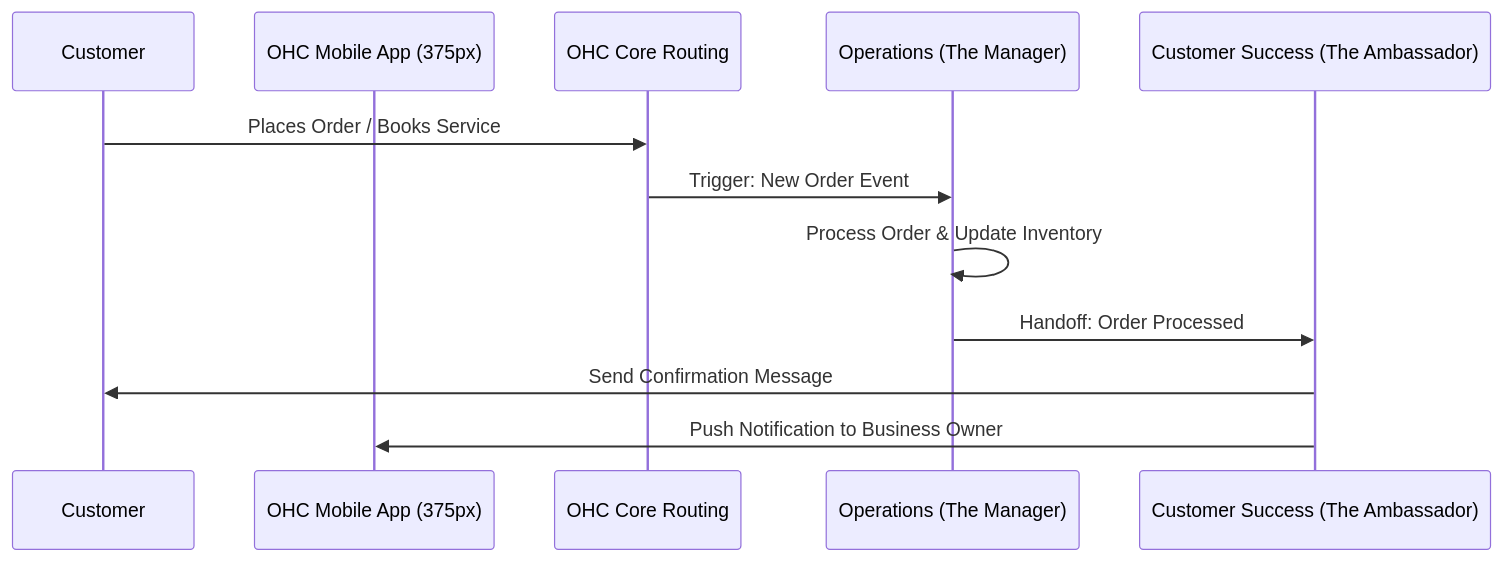
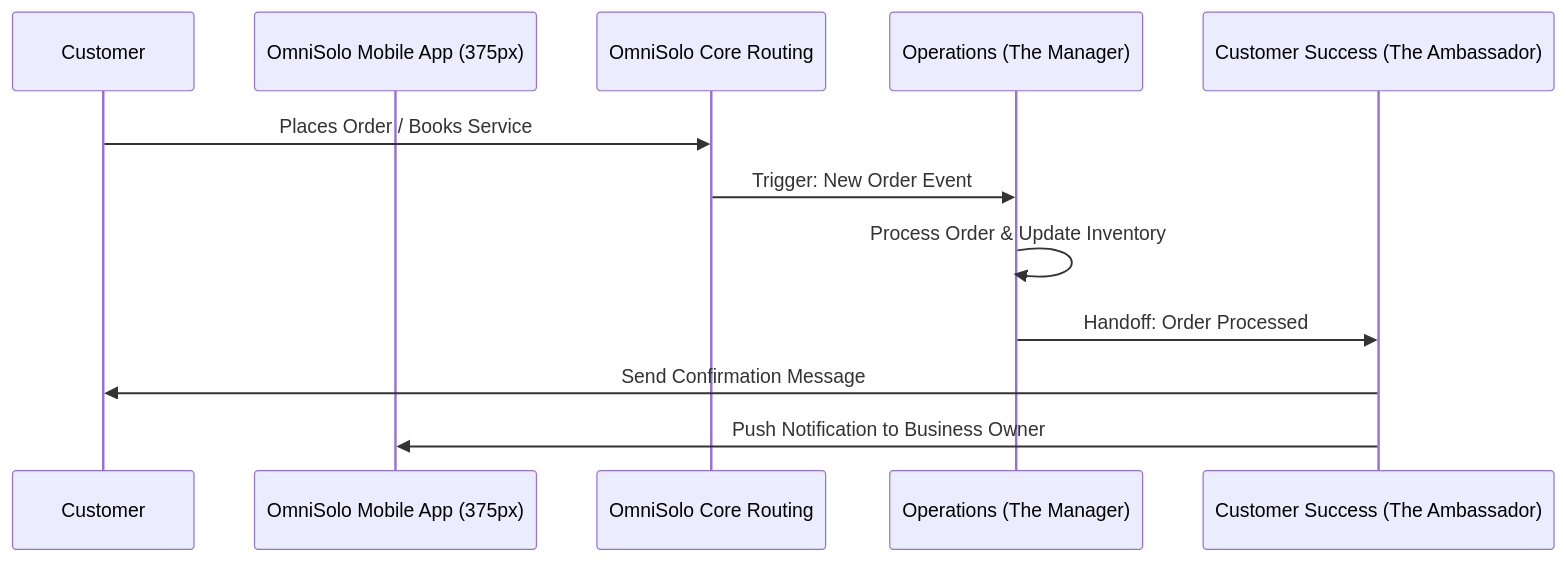
One commit to omnisolo-llc/onehumancorp changed the diagram in docs/research/[architecture]_ai_agent_department.md. Above: the diagram before and after it, drawn with Mermaid. The commit also changed 2191 other files, not shown here.

Commit message:
feat: complete OmniSolo rename and browser audit

````diff
--- a/docs/research/[architecture]_ai_agent_department.md
+++ b/docs/research/[architecture]_ai_agent_department.md
@@ -16,15 +16,15 @@
 ```mermaid
 sequenceDiagram
     participant User as Customer
-    participant Mobile as OHC Mobile App (375px)
-    participant Core as OHC Core Routing
+    participant Mobile as OmniSolo Mobile App (375px)
+    participant Core as OmniSolo Core Routing
     participant DeptOps as Operations (The Manager)
     participant DeptCS as Customer Success (The Ambassador)
 
     User->>Core: Places Order / Books Service
     Core->>DeptOps: Trigger: New Order Event
     DeptOps->>DeptOps: Process Order & Update Inventory
     DeptOps->>DeptCS: Handoff: Order Processed
     DeptCS->>User: Send Confirmation Message
     DeptCS->>Mobile: Push Notification to Business Owner
 ```
````
